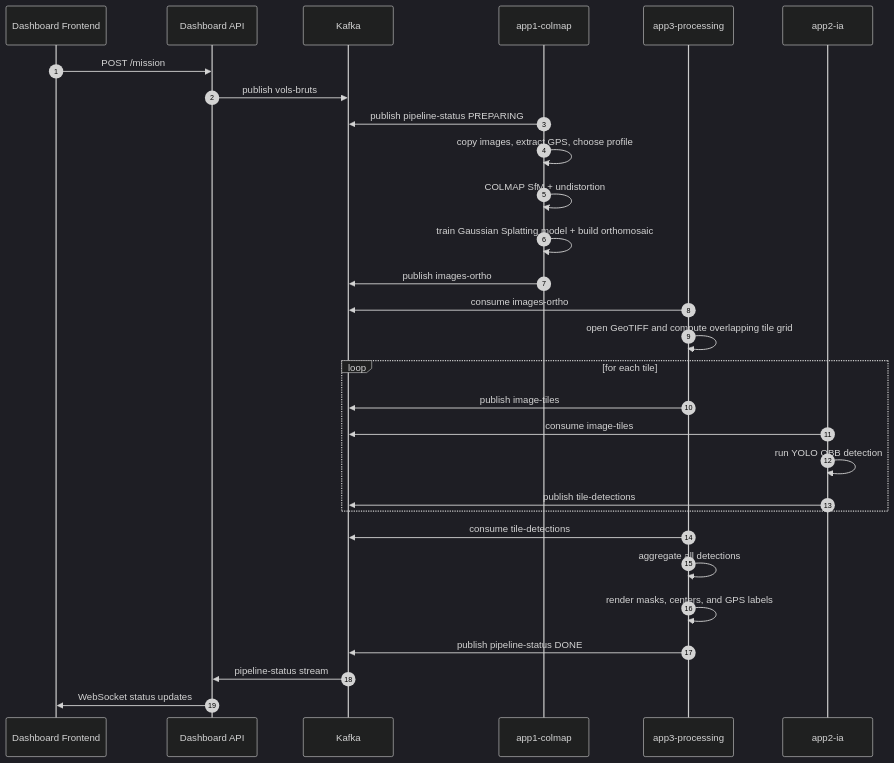
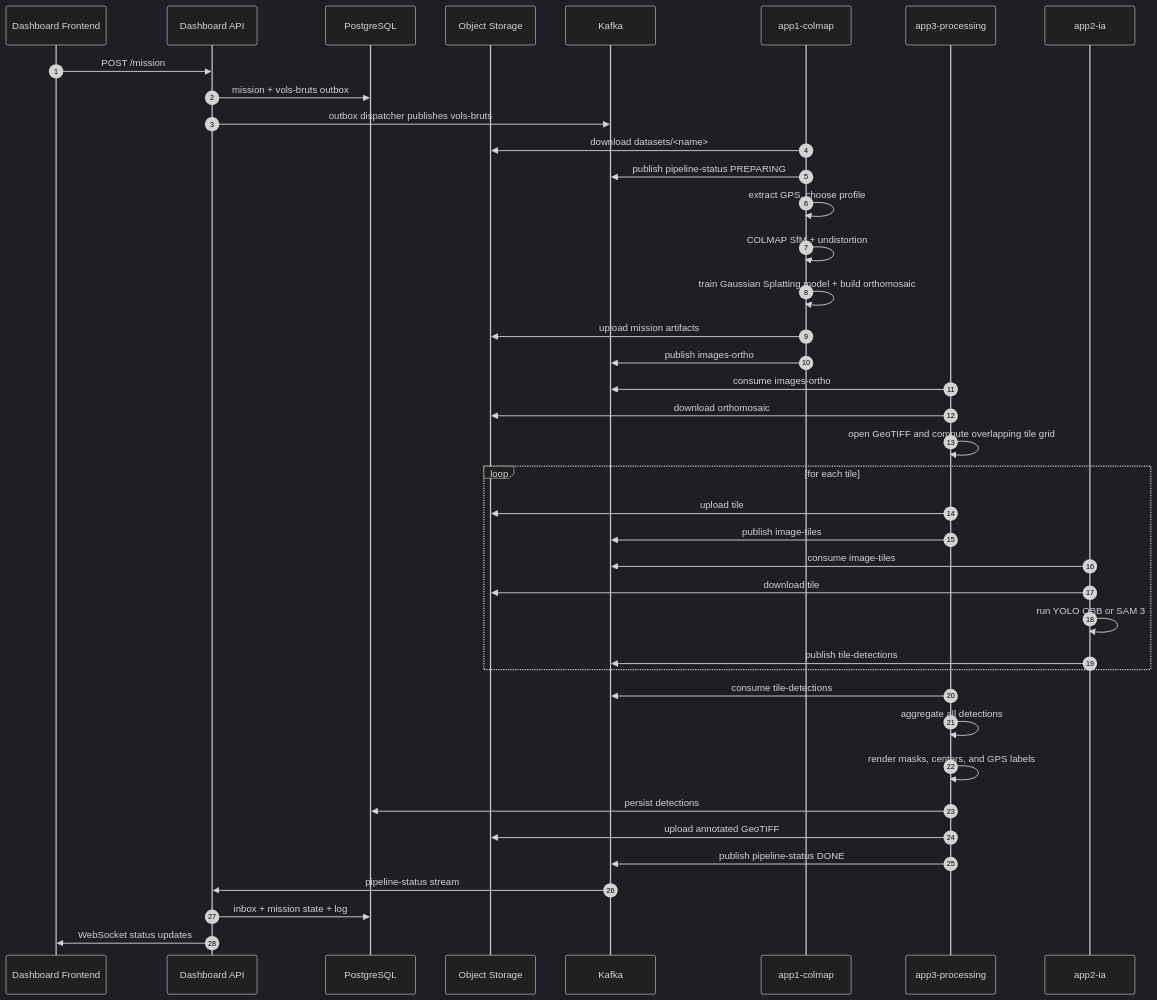
One commit to olivelb/DroneAI changed the first of 7 diagrams in DOCUMENTATION.md. Above: the diagram before and after it, drawn with Mermaid (dark theme). The commit also changed other lines of this file and 5 other files, not shown here.

Commit message:
update documentation to current architecture

````diff
--- a/DOCUMENTATION.md
+++ b/DOCUMENTATION.md
@@ -620,32 +675,43 @@
 ```mermaid
 sequenceDiagram
     autonumber
     participant UI as Dashboard Frontend
     participant API as Dashboard API
+    participant DB as PostgreSQL
+    participant S3 as Object Storage
     participant K as Kafka
     participant C as app1-colmap
     participant P as app3-processing
     participant IA as app2-ia
 
     UI->>API: POST /mission
-    API->>K: publish vols-bruts
+    API->>DB: mission + vols-bruts outbox
+    API->>K: outbox dispatcher publishes vols-bruts
+    C->>S3: download datasets/<name>
     C->>K: publish pipeline-status PREPARING
-    C->>C: copy images, extract GPS, choose profile
+    C->>C: extract GPS, choose profile
     C->>C: COLMAP SfM + undistortion
     C->>C: train Gaussian Splatting model + build orthomosaic
+    C->>S3: upload mission artifacts
     C->>K: publish images-ortho
     P->>K: consume images-ortho
+    P->>S3: download orthomosaic
     P->>P: open GeoTIFF and compute overlapping tile grid
     loop for each tile
+        P->>S3: upload tile
         P->>K: publish image-tiles
         IA->>K: consume image-tiles
-        IA->>IA: run YOLO OBB detection
+        IA->>S3: download tile
+        IA->>IA: run YOLO OBB or SAM 3
         IA->>K: publish tile-detections
     end
     P->>K: consume tile-detections
     P->>P: aggregate all detections
     P->>P: render masks, centers, and GPS labels
+    P->>DB: persist detections
+    P->>S3: upload annotated GeoTIFF
     P->>K: publish pipeline-status DONE
     K->>API: pipeline-status stream
+    API->>DB: inbox + mission state + log
     API->>UI: WebSocket status updates
 ```
````
